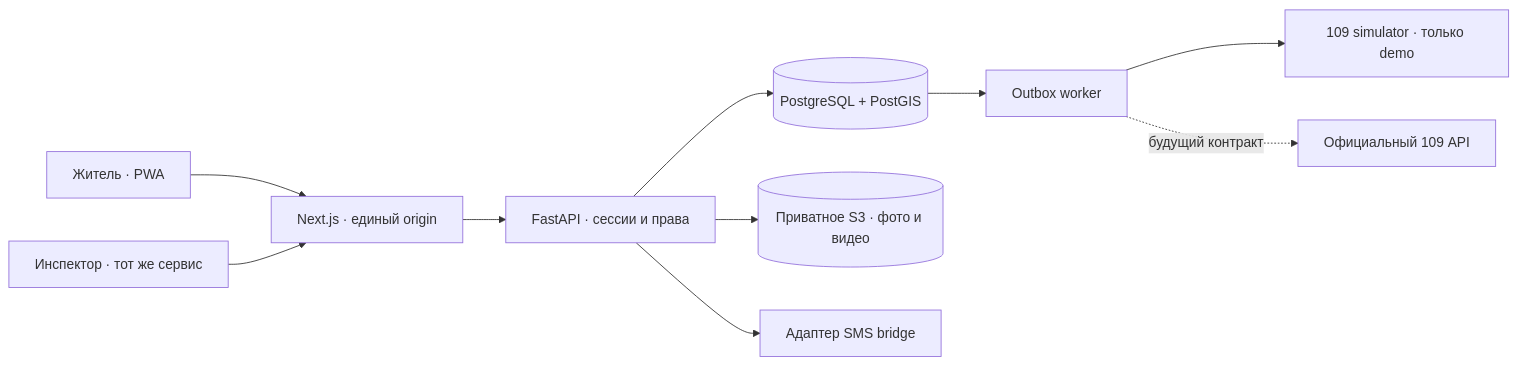
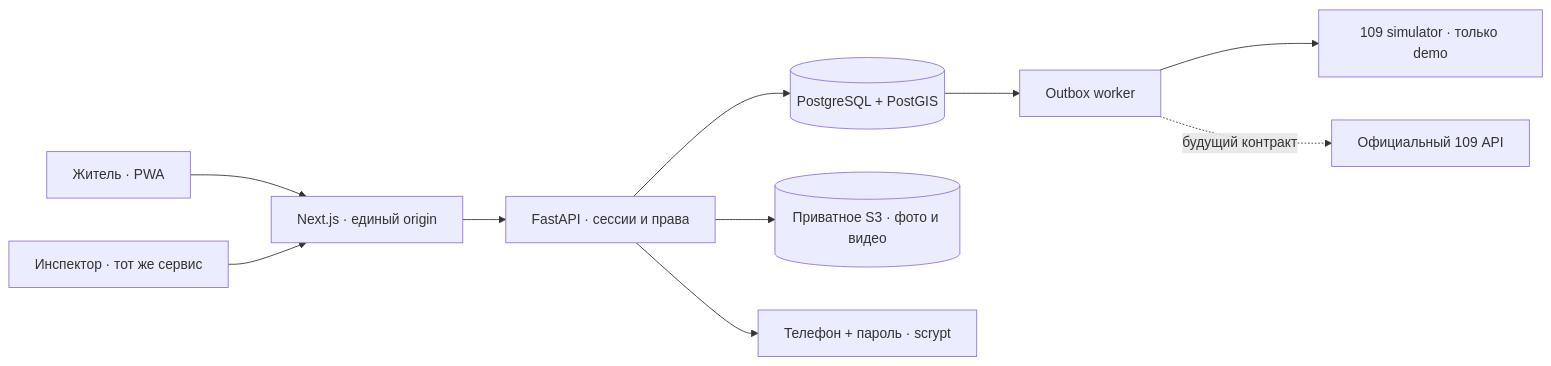
The diagram in docs/ARCHITECTURE.md (ernur077sss-art/RoadScan-AI), drawn with Mermaid before and after one commit. The commit also changed other lines of this file and 36 other files, not shown here.

````diff
--- a/docs/ARCHITECTURE.md
+++ b/docs/ARCHITECTURE.md
@@ -5,12 +5,12 @@
 ```mermaid
 flowchart LR
   C[Житель · PWA] --> N[Next.js · единый origin]
   I[Инспектор · тот же сервис] --> N
   N --> A[FastAPI · сессии и права]
   A --> P[(PostgreSQL + PostGIS)]
   A --> M[(Приватное S3 · фото и видео)]
-  A --> S[Адаптер SMS bridge]
+  A --> S[Телефон + пароль · scrypt]
   P --> W[Outbox worker]
   W --> D[109 simulator · только demo]
   W -. будущий контракт .-> H[Официальный 109 API]
 ```
````
